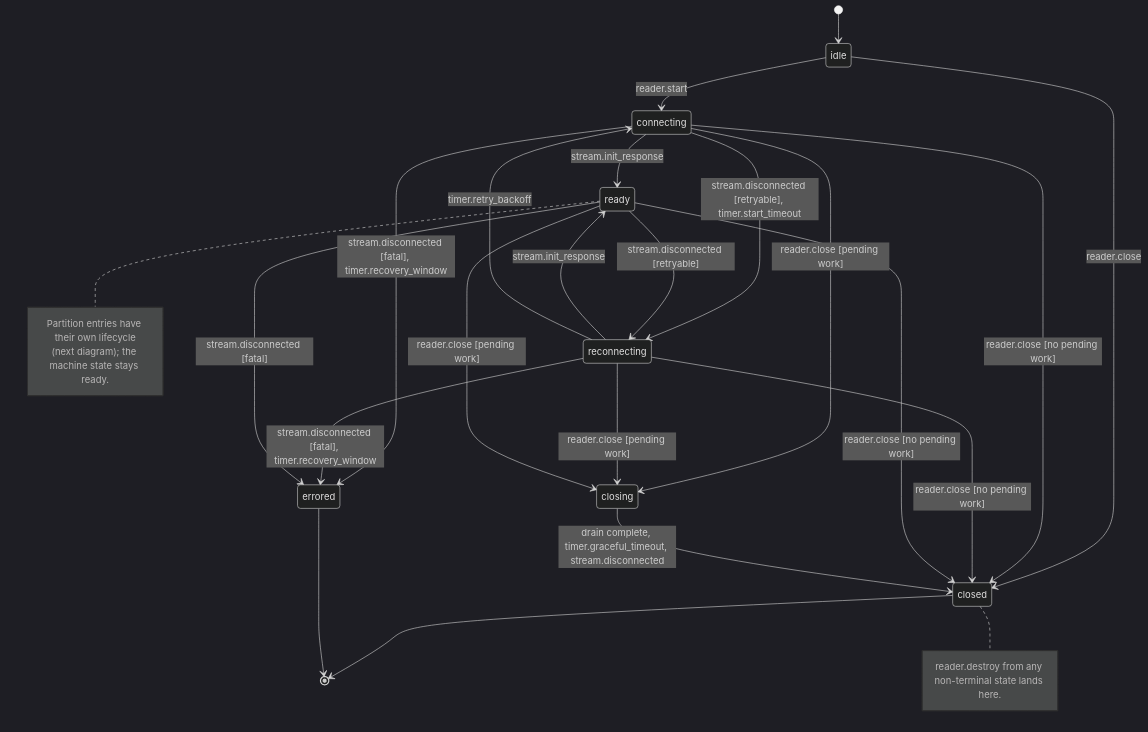
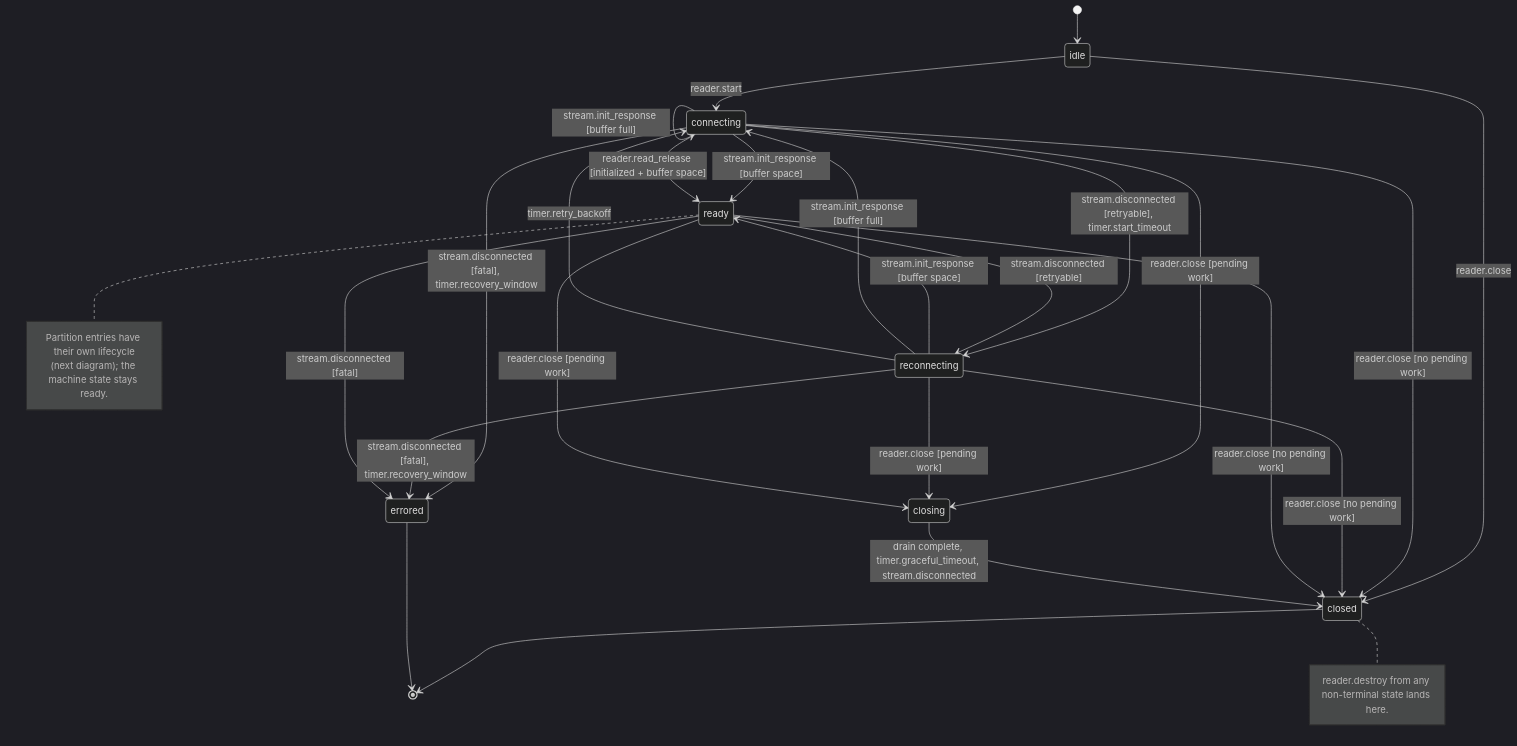
The fourth of 6 diagrams in packages/topic/ARCHITECTURE.md (ydb-platform/ydb-js-sdk), drawn with Mermaid (dark theme) before and after one commit. The commit also changed other lines of this file and 5 other files, not shown here.

First line of the commit message:
Simplify reader credit to response refunds

````diff
--- a/packages/topic/ARCHITECTURE.md
+++ b/packages/topic/ARCHITECTURE.md
@@ -219,30 +219,33 @@
 ```mermaid
 stateDiagram-v2
     [*] --> idle
     idle --> connecting: reader.start
     idle --> closed: reader.close
-    connecting --> ready: stream.init_response
-    reconnecting --> ready: stream.init_response
+    connecting --> ready: stream.init_response [buffer space]
+    reconnecting --> ready: stream.init_response [buffer space]
+    connecting --> connecting: stream.init_response [buffer full]
+    reconnecting --> connecting: stream.init_response [buffer full]
+    connecting --> ready: reader.read_release [initialized + buffer space]
     connecting --> reconnecting: stream.disconnected [retryable], timer.start_timeout
     reconnecting --> connecting: timer.retry_backoff
     connecting --> errored: stream.disconnected [fatal], timer.recovery_window
     reconnecting --> errored: stream.disconnected [fatal], timer.recovery_window
     ready --> reconnecting: stream.disconnected [retryable]
     ready --> errored: stream.disconnected [fatal]
     connecting --> closing: reader.close [pending work]
     reconnecting --> closing: reader.close [pending work]
     ready --> closing: reader.close [pending work]
     connecting --> closed: reader.close [no pending work]
     reconnecting --> closed: reader.close [no pending work]
     ready --> closed: reader.close [no pending work]
     closing --> closed: drain complete, timer.graceful_timeout, stream.disconnected
     closed --> [*]
     errored --> [*]
     note right of closed
         reader.destroy from any non-terminal state lands here.
     end note
     note right of ready
         Partition entries have their own lifecycle
         (next diagram); the machine state stays ready.
     end note
 ```
````
